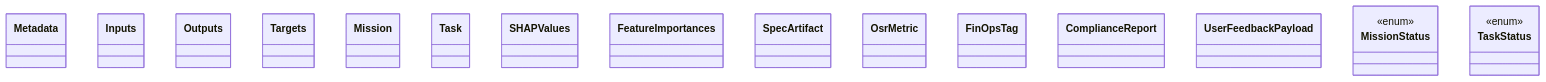
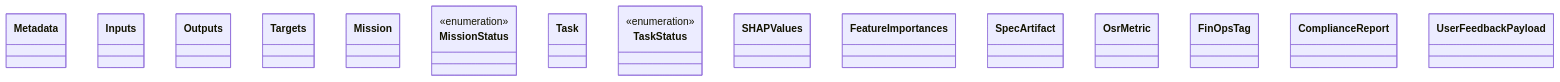
The first of 2 diagrams in wiki/crates_factory-core_src_lib.md (lgcorzo/rust_CACD_autonomous_factory), drawn with Mermaid before and after one commit. The commit also changed other lines of this file and 58 other files, not shown here.

````diff
--- a/wiki/crates_factory-core_src_lib.md
+++ b/wiki/crates_factory-core_src_lib.md
@@ -16,22 +16,22 @@
 ```mermaid
 classDiagram
     class Metadata
     class Inputs
     class Outputs
     class Targets
     class Mission
+    class MissionStatus {
+        <<enumeration>>
+    }
     class Task
+    class TaskStatus {
+        <<enumeration>>
+    }
     class SHAPValues
     class FeatureImportances
     class SpecArtifact
     class OsrMetric
     class FinOpsTag
     class ComplianceReport
     class UserFeedbackPayload
-    class MissionStatus {
-        <<enum>>
-    }
-    class TaskStatus {
-        <<enum>>
-    }
 ```
````
